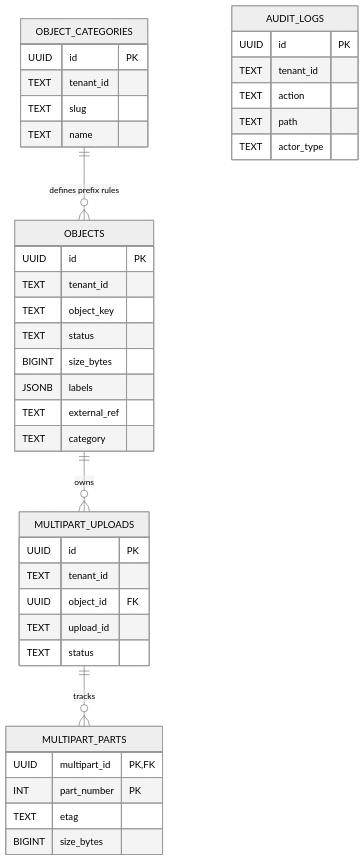
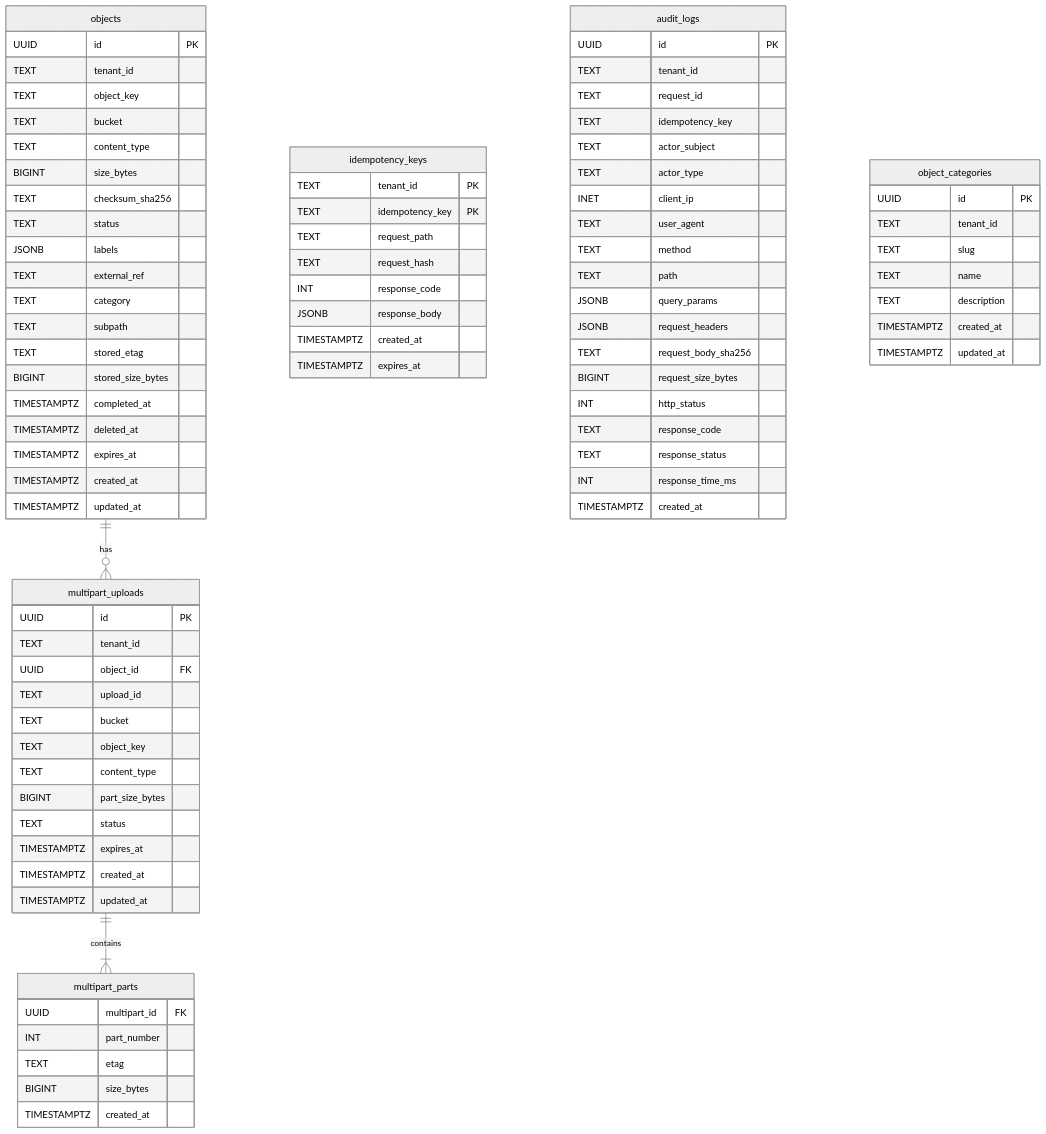
Before and after one commit to oleg-tkachuk/paladin: the third of 4 diagrams in docs/diagrams.md, drawn with Mermaid (neutral theme). The commit also changed other lines of this file and 10 other files, not shown here.

````diff
--- a/docs/diagrams.md
+++ b/docs/diagrams.md
@@ -52,47 +82,93 @@
 ```mermaid
 erDiagram
-    OBJECTS {
+    objects {
         UUID id PK
         TEXT tenant_id
         TEXT object_key
+        TEXT bucket
+        TEXT content_type
+        BIGINT size_bytes
+        TEXT checksum_sha256
         TEXT status
-        BIGINT size_bytes
         JSONB labels
         TEXT external_ref
         TEXT category
+        TEXT subpath
+        TEXT stored_etag
+        BIGINT stored_size_bytes
+        TIMESTAMPTZ completed_at
+        TIMESTAMPTZ deleted_at
+        TIMESTAMPTZ expires_at
+        TIMESTAMPTZ created_at
+        TIMESTAMPTZ updated_at
     }
 
-    OBJECT_CATEGORIES {
+    multipart_uploads {
+        UUID id PK
+        TEXT tenant_id
+        UUID object_id FK
+        TEXT upload_id
+        TEXT bucket
+        TEXT object_key
+        TEXT content_type
+        BIGINT part_size_bytes
+        TEXT status
+        TIMESTAMPTZ expires_at
+        TIMESTAMPTZ created_at
+        TIMESTAMPTZ updated_at
+    }
+
+    multipart_parts {
+        UUID multipart_id FK
+        INT part_number
+        TEXT etag
+        BIGINT size_bytes
+        TIMESTAMPTZ created_at
+    }
+
+    idempotency_keys {
+        TEXT tenant_id PK
+        TEXT idempotency_key PK
+        TEXT request_path
+        TEXT request_hash
+        INT response_code
+        JSONB response_body
+        TIMESTAMPTZ created_at
+        TIMESTAMPTZ expires_at
+    }
+
+    audit_logs {
+        UUID id PK
+        TEXT tenant_id
+        TEXT request_id
+        TEXT idempotency_key
+        TEXT actor_subject
+        TEXT actor_type
+        INET client_ip
+        TEXT user_agent
+        TEXT method
+        TEXT path
+        JSONB query_params
+        JSONB request_headers
+        TEXT request_body_sha256
+        BIGINT request_size_bytes
+        INT http_status
+        TEXT response_code
+        TEXT response_status
+        INT response_time_ms
+        TIMESTAMPTZ created_at
+    }
+
+    object_categories {
         UUID id PK
         TEXT tenant_id
         TEXT slug
         TEXT name
+        TEXT description
+        TIMESTAMPTZ created_at
+        TIMESTAMPTZ updated_at
     }
 
-    MULTIPART_UPLOADS {
-        UUID id PK
-        TEXT tenant_id
-        UUID object_id FK
-        TEXT upload_id
-        TEXT status
-    }
-
-    MULTIPART_PARTS {
-        UUID multipart_id PK,FK
-        INT part_number PK
-        TEXT etag
-        BIGINT size_bytes
-    }
-
-    AUDIT_LOGS {
-        UUID id PK
-        TEXT tenant_id
-        TEXT action
-        TEXT path
-        TEXT actor_type
-    }
-
-    OBJECT_CATEGORIES ||--o{ OBJECTS : "defines prefix rules"
-    OBJECTS ||--o{ MULTIPART_UPLOADS : "owns"
-    MULTIPART_UPLOADS ||--o{ MULTIPART_PARTS : "tracks"
+    objects ||--o{ multipart_uploads : "has"
+    multipart_uploads ||--|{ multipart_parts : "contains"
 ```
````
